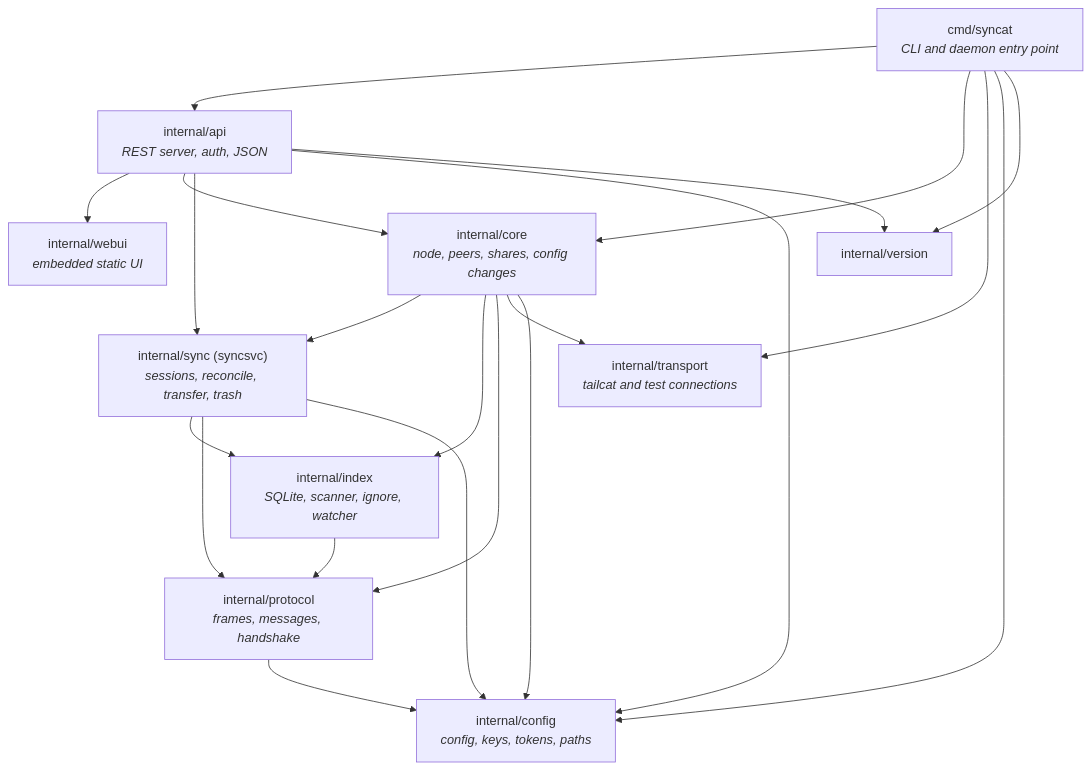
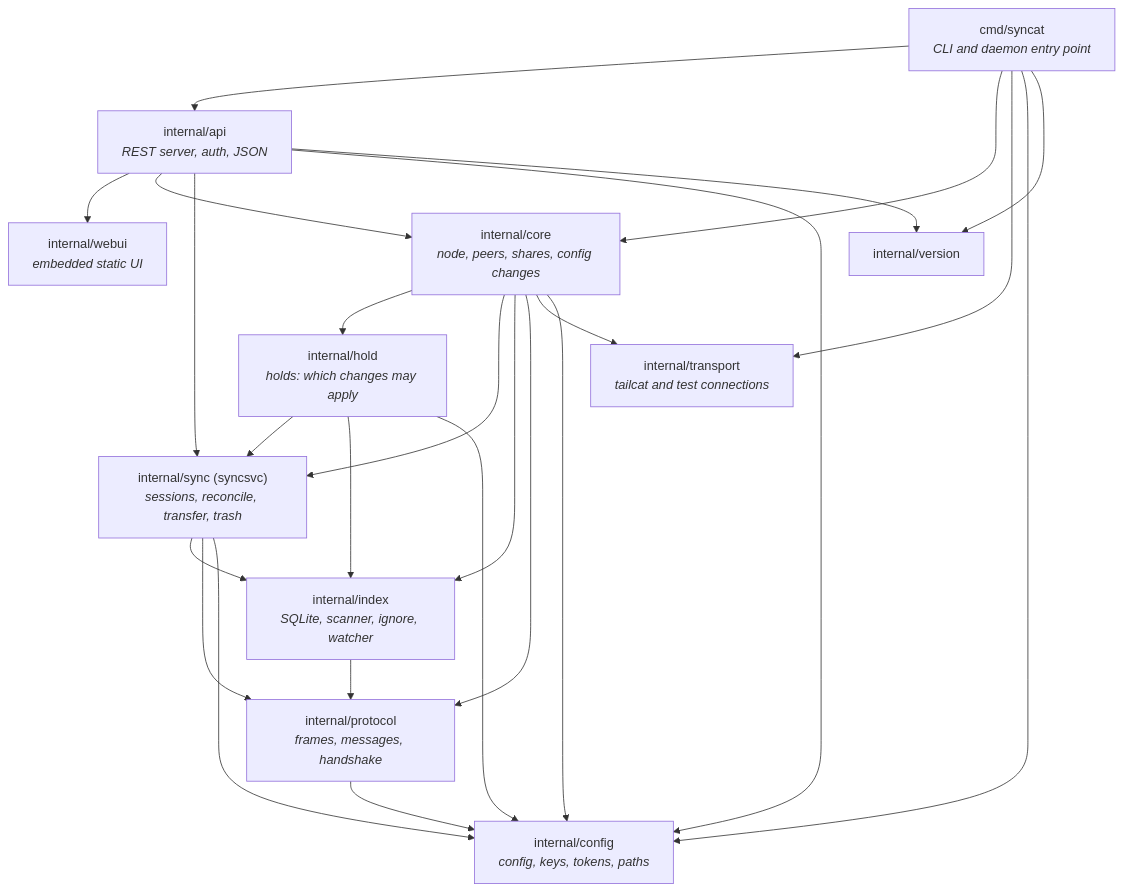
Before and after one commit to nickmarrone/syncat: the second of 14 diagrams in ARCHITECTURE.md, drawn with Mermaid. The commit also changed other lines of this file and 17 other files, not shown here.

First line of the commit message:
Move the hold rules into internal/hold

````diff
--- a/ARCHITECTURE.md
+++ b/ARCHITECTURE.md
@@ -72,34 +72,39 @@
 ```mermaid
 flowchart TD
     cmd["cmd/syncat<br/><i>CLI and daemon entry point</i>"]
     api["internal/api<br/><i>REST server, auth, JSON</i>"]
     webui["internal/webui<br/><i>embedded static UI</i>"]
     core["internal/core<br/><i>node, peers, shares, config changes</i>"]
     sync["internal/sync (syncsvc)<br/><i>sessions, reconcile, transfer, trash</i>"]
+    hold["internal/hold<br/><i>holds: which changes may apply</i>"]
     index["internal/index<br/><i>SQLite, scanner, ignore, watcher</i>"]
     protocol["internal/protocol<br/><i>frames, messages, handshake</i>"]
     transport["internal/transport<br/><i>tailcat and test connections</i>"]
     config["internal/config<br/><i>config, keys, tokens, paths</i>"]
     version["internal/version"]
 
     cmd --> api
     cmd --> core
     cmd --> transport
     cmd --> config
     cmd --> version
     api --> webui
     api --> core
     api --> sync
     api --> config
     api --> version
+    core --> hold
     core --> sync
     core --> index
     core --> protocol
     core --> transport
     core --> config
+    hold --> sync
+    hold --> index
+    hold --> config
     sync --> index
     sync --> protocol
     sync --> config
     index --> protocol
     protocol --> config
 ```
````
